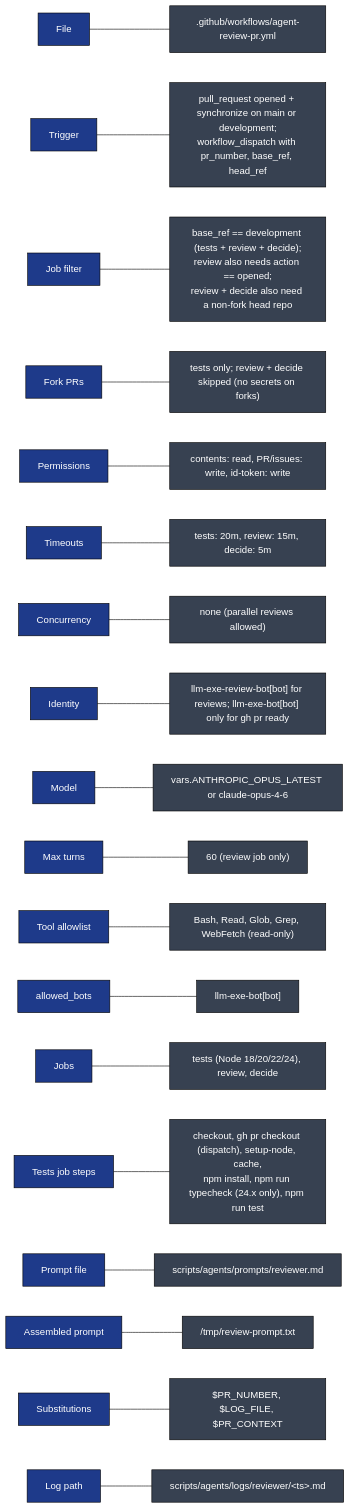
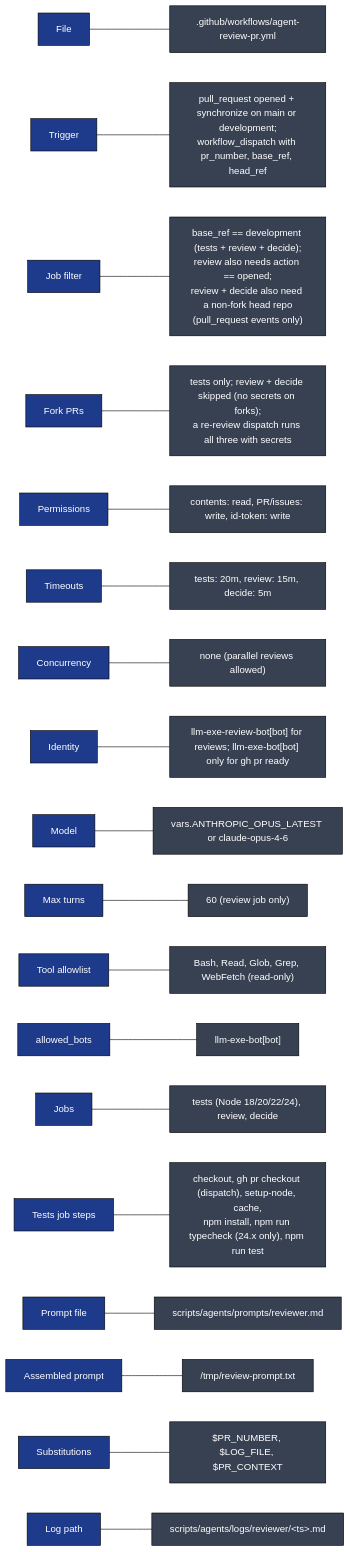
One commit to llm-exe/llm-exe changed diagram 12 of 12 in .github/docs/AGENT_REVIEW_PR_DEEP_DIVE.md. Above: the diagram before and after it, drawn with Mermaid (forest theme). The commit also changed other lines of this file and 4 other files, not shown here.

First line of the commit message:
docs: scope the review fork guard to pull_request events

````diff
--- a/.github/docs/AGENT_REVIEW_PR_DEEP_DIVE.md
+++ b/.github/docs/AGENT_REVIEW_PR_DEEP_DIVE.md
@@ -610,24 +612,24 @@
 ```mermaid
 flowchart LR
     classDef k fill:#1e3a8a,color:#fff,stroke:#000
     classDef v fill:#374151,color:#fff,stroke:#000
 
     K1["File"]:::k --- V1[".github/workflows/agent-review-pr.yml"]:::v
     K2["Trigger"]:::k --- V2["pull_request opened + synchronize on main or development;\nworkflow_dispatch with pr_number, base_ref, head_ref"]:::v
-    K3["Job filter"]:::k --- V3["base_ref == development (tests + review + decide);\nreview also needs action == opened;\nreview + decide also need a non-fork head repo"]:::v
-    K3b["Fork PRs"]:::k --- V3b["tests only; review + decide skipped (no secrets on forks)"]:::v
+    K3["Job filter"]:::k --- V3["base_ref == development (tests + review + decide);\nreview also needs action == opened;\nreview + decide also need a non-fork head repo\n(pull_request events only)"]:::v
+    K3b["Fork PRs"]:::k --- V3b["tests only; review + decide skipped (no secrets on forks);\na re-review dispatch runs all three with secrets"]:::v
     K4["Permissions"]:::k --- V4["contents: read, PR/issues: write, id-token: write"]:::v
     K5["Timeouts"]:::k --- V5["tests: 20m, review: 15m, decide: 5m"]:::v
     K6["Concurrency"]:::k --- V6["none (parallel reviews allowed)"]:::v
     K7["Identity"]:::k --- V7["llm-exe-review-bot[bot] for reviews; llm-exe-bot[bot] only for gh pr ready"]:::v
     K8["Model"]:::k --- V8["vars.ANTHROPIC_OPUS_LATEST or claude-opus-4-6"]:::v
     K9["Max turns"]:::k --- V9["60 (review job only)"]:::v
     K10["Tool allowlist"]:::k --- V10["Bash, Read, Glob, Grep, WebFetch (read-only)"]:::v
     K11["allowed_bots"]:::k --- V11["llm-exe-bot[bot]"]:::v
     K12["Jobs"]:::k --- V12["tests (Node 18/20/22/24), review, decide"]:::v
     K12b["Tests job steps"]:::k --- V12b["checkout, gh pr checkout (dispatch), setup-node, cache,\nnpm install, npm run typecheck (24.x only), npm run test"]:::v
     K13["Prompt file"]:::k --- V13["scripts/agents/prompts/reviewer.md"]:::v
     K14["Assembled prompt"]:::k --- V14["/tmp/review-prompt.txt"]:::v
     K15["Substitutions"]:::k --- V15["$PR_NUMBER, $LOG_FILE, $PR_CONTEXT"]:::v
     K16["Log path"]:::k --- V16["scripts/agents/logs/reviewer/&lt;ts&gt;.md"]:::v
 ```
````
